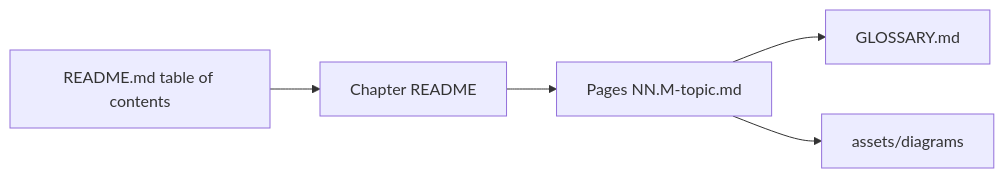
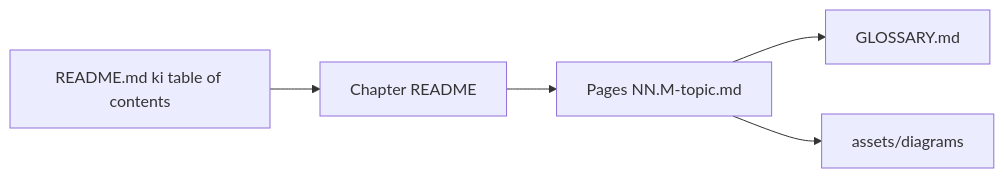
Before and after one commit to asmustechno/agentic-ai-notes: the diagram in CONTRIBUTING.md, drawn with Mermaid. The commit also changed other lines of this file and 135 other files, not shown here.

````diff
--- a/CONTRIBUTING.md
+++ b/CONTRIBUTING.md
@@ -28,7 +28,7 @@
 ```mermaid
 flowchart LR
-    R[README.md table of contents] --> CR[Chapter README]
+    R[README.md ki table of contents] --> CR[Chapter README]
     CR --> P[Pages NN.M-topic.md]
     P --> G[GLOSSARY.md]
     P --> A[assets/diagrams]
 ```
````
